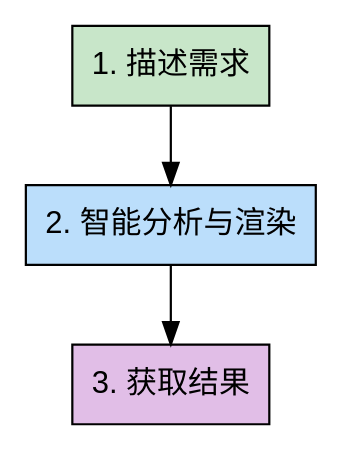
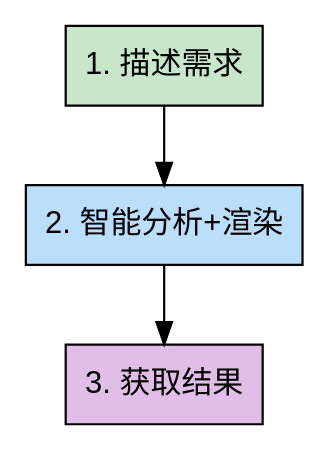
The diagram in skills/infographic-generator/SKILL.md (konglong87/methodology-skills), drawn with Graphviz before and after one commit. The commit also changed other lines of this file and 36 other files, not shown here.

````diff
--- a/skills/infographic-generator/SKILL.md
+++ b/skills/infographic-generator/SKILL.md
@@ -63,13 +33,10 @@
 ```dot
 digraph infographic_workflow {
     rankdir=TB;
     node [shape=box, style=filled, fontname="Arial"];
-
     "1. 描述需求" [fillcolor="#c8e6c9"];
-    "2. 智能分析与渲染" [fillcolor="#bbdefb"];
+    "2. 智能分析+渲染" [fillcolor="#bbdefb"];
     "3. 获取结果" [fillcolor="#e1bee7"];
-
-    "1. 描述需求" -> "2. 智能分析与渲染";
-    "2. 智能分析与渲染" -> "3. 获取结果";
+    "1. 描述需求" -> "2. 智能分析+渲染" -> "3. 获取结果";
 }
 ```
````
